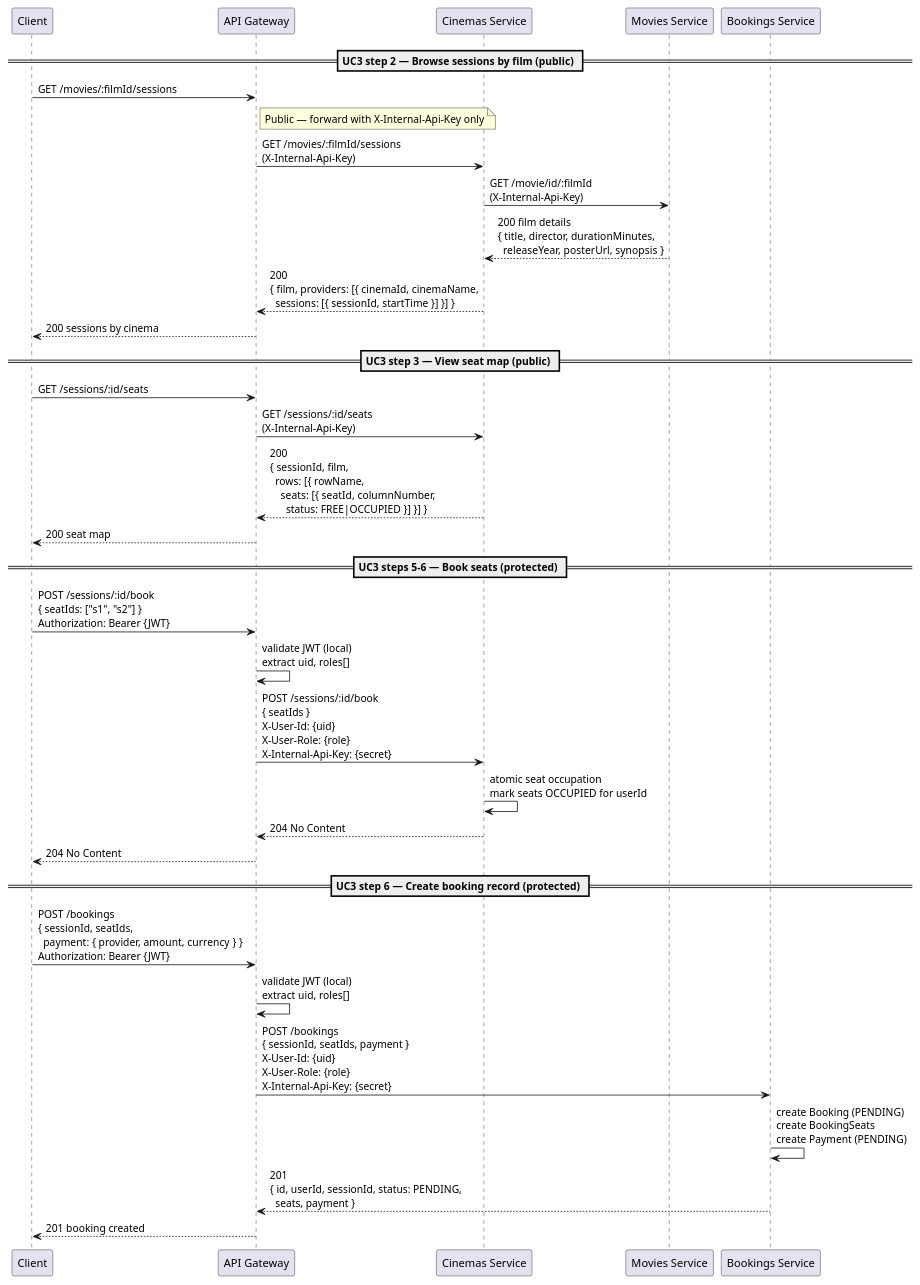
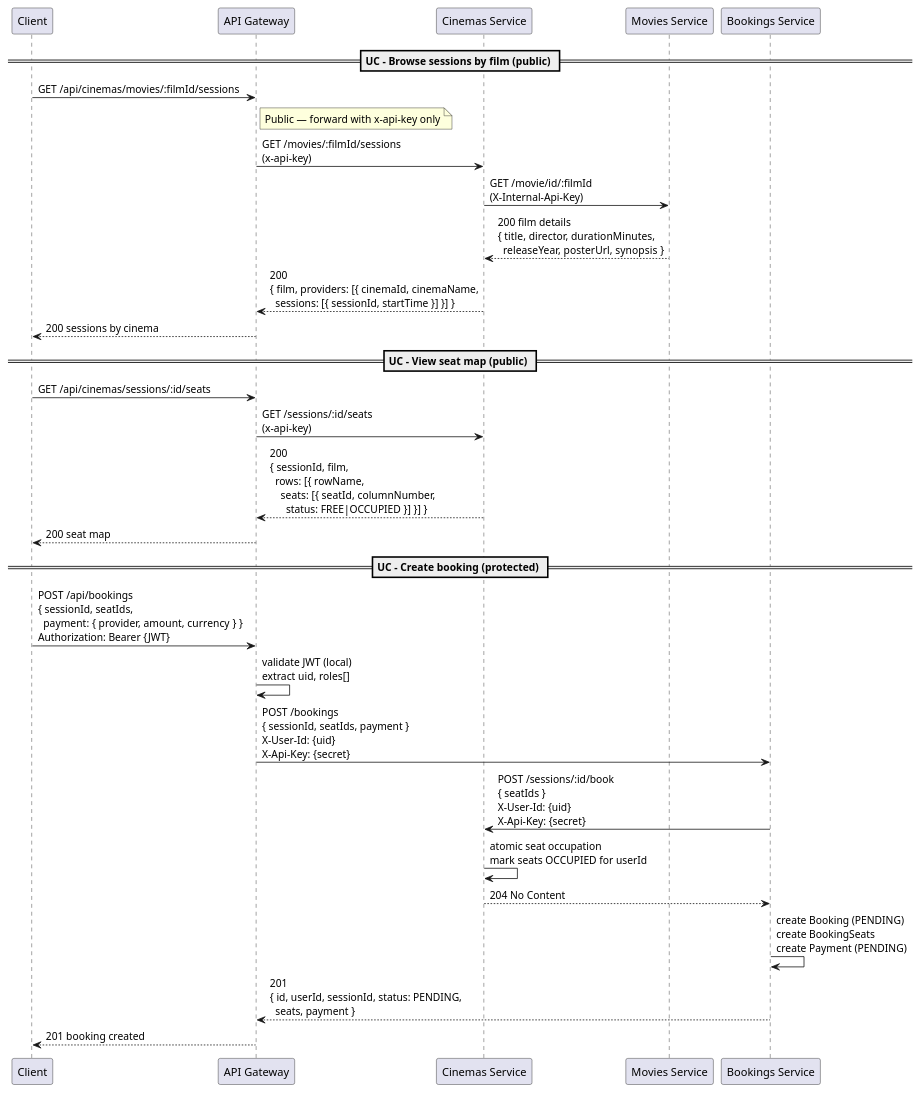
Before and after one commit to tomFregonese/boiler-plate: the diagram in diagrams/sequence-booking.puml, drawn with PlantUML. The commit also changed 1 other file, not shown here.

Commit message:
SequenceBooking

```diff
--- a/diagrams/sequence-booking.puml
+++ b/diagrams/sequence-booking.puml
@@ -1,44 +1,38 @@
 @startuml sequence-booking
 
 participant Client
 participant "API Gateway" as GW
 participant "Cinemas Service" as Cinemas
 participant "Movies Service" as Movies
 participant "Bookings Service" as Bookings
 
-== UC3 step 2 — Browse sessions by film (public) ==
+== UC - Browse sessions by film (public) ==
 
-Client -> GW : GET /movies/:filmId/sessions
-note right of GW : Public — forward with X-Internal-Api-Key only
-GW -> Cinemas : GET /movies/:filmId/sessions\n(X-Internal-Api-Key)
+Client -> GW : GET /api/cinemas/movies/:filmId/sessions
+note right of GW : Public — forward with x-api-key only
+GW -> Cinemas : GET /movies/:filmId/sessions\n(x-api-key)
 Cinemas -> Movies : GET /movie/id/:filmId\n(X-Internal-Api-Key)
 Movies --> Cinemas : 200 film details\n{ title, director, durationMinutes,\n  releaseYear, posterUrl, synopsis }
 Cinemas --> GW : 200\n{ film, providers: [{ cinemaId, cinemaName,\n  sessions: [{ sessionId, startTime }] }] }
 GW --> Client : 200 sessions by cinema
 
-== UC3 step 3 — View seat map (public) ==
+== UC - View seat map (public) ==
 
-Client -> GW : GET /sessions/:id/seats
-GW -> Cinemas : GET /sessions/:id/seats\n(X-Internal-Api-Key)
+Client -> GW : GET /api/cinemas/sessions/:id/seats
+GW -> Cinemas : GET /sessions/:id/seats\n(x-api-key)
 Cinemas --> GW : 200\n{ sessionId, film,\n  rows: [{ rowName,\n    seats: [{ seatId, columnNumber,\n      status: FREE|OCCUPIED }] }] }
 GW --> Client : 200 seat map
 
-== UC3 steps 5–6 — Book seats (protected) ==
+== UC - Create booking (protected) ==
 
-Client -> GW : POST /sessions/:id/book\n{ seatIds: ["s1", "s2"] }\nAuthorization: Bearer {JWT}
+Client -> GW : POST /api/bookings\n{ sessionId, seatIds,\n  payment: { provider, amount, currency } }\nAuthorization: Bearer {JWT}
 GW -> GW : validate JWT (local)\nextract uid, roles[]
-GW -> Cinemas : POST /sessions/:id/book\n{ seatIds }\nX-User-Id: {uid}\nX-User-Role: {role}\nX-Internal-Api-Key: {secret}
+GW -> Bookings : POST /bookings\n{ sessionId, seatIds, payment }\nX-User-Id: {uid}\nX-Api-Key: {secret}
+Bookings -> Cinemas : POST /sessions/:id/book\n{ seatIds }\nX-User-Id: {uid}\nX-Api-Key: {secret}
 Cinemas -> Cinemas : atomic seat occupation\nmark seats OCCUPIED for userId
-Cinemas --> GW : 204 No Content
-GW --> Client : 204 No Content
-
-== UC3 step 6 — Create booking record (protected) ==
-
-Client -> GW : POST /bookings\n{ sessionId, seatIds,\n  payment: { provider, amount, currency } }\nAuthorization: Bearer {JWT}
-GW -> GW : validate JWT (local)\nextract uid, roles[]
-GW -> Bookings : POST /bookings\n{ sessionId, seatIds, payment }\nX-User-Id: {uid}\nX-User-Role: {role}\nX-Internal-Api-Key: {secret}
+Cinemas --> Bookings : 204 No Content
 Bookings -> Bookings : create Booking (PENDING)\ncreate BookingSeats\ncreate Payment (PENDING)
 Bookings --> GW : 201\n{ id, userId, sessionId, status: PENDING,\n  seats, payment }
 GW --> Client : 201 booking created
 
 @enduml
```
